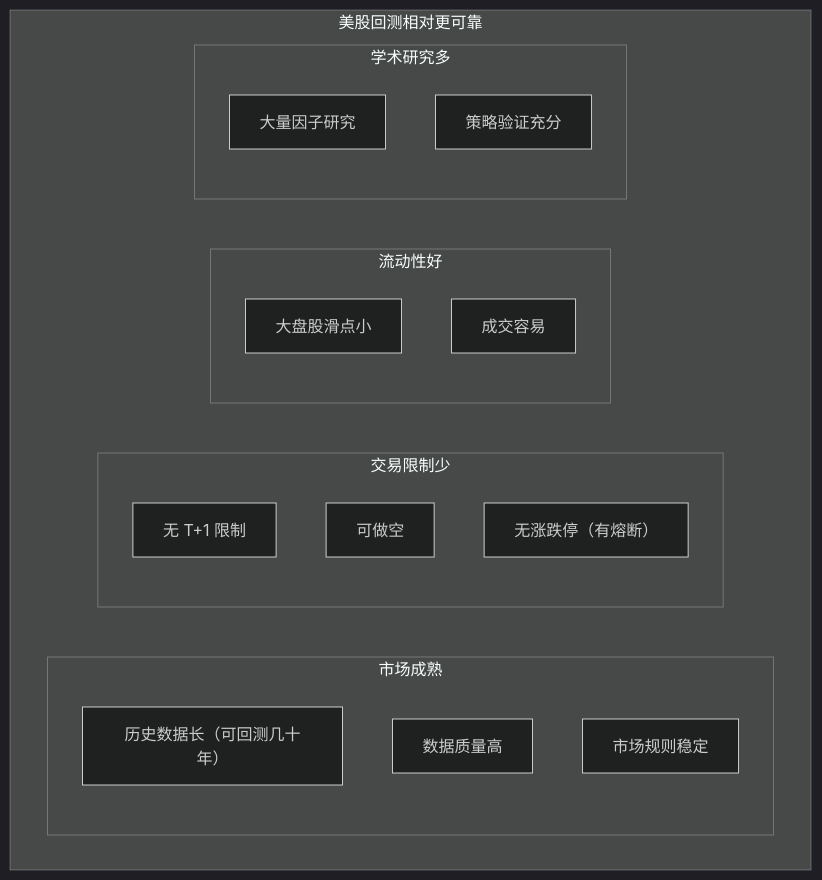
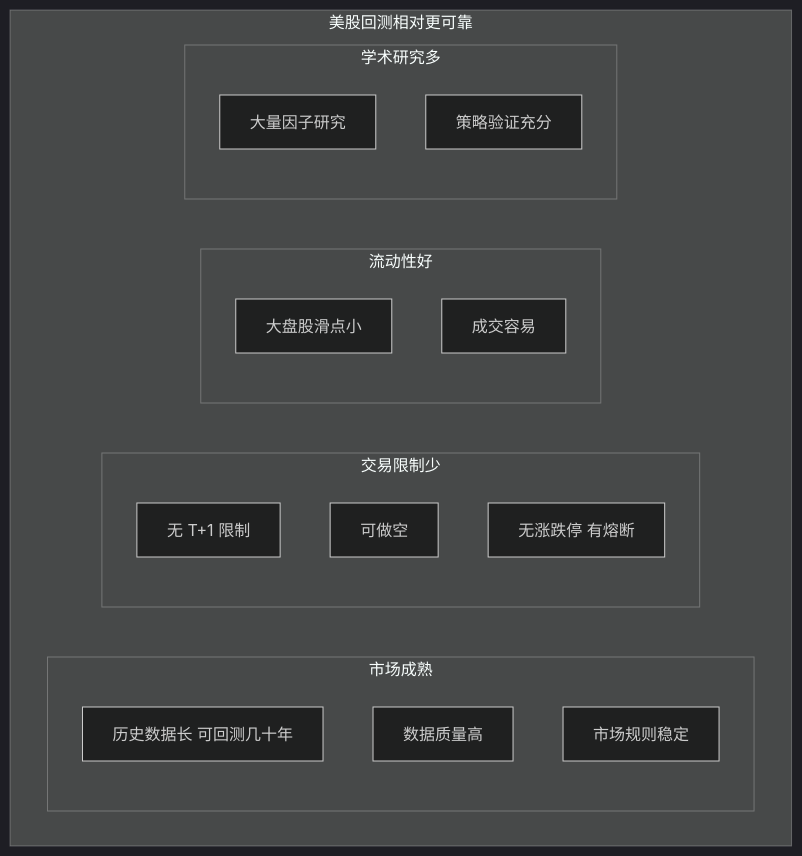
The ninth of 13 diagrams in content/articles/quant/quant-04-全球量化交易接口与数据.md (jpixy/jpixy.github.io), drawn with Mermaid (dark theme) before and after one commit. The commit also changed other lines of this file and 66 other files, not shown here.

Commit message:
fix: resolve Mermaid syntax errors by removing parentheses in node labels

````diff
--- a/content/articles/quant/quant-04-全球量化交易接口与数据.md
+++ b/content/articles/quant/quant-04-全球量化交易接口与数据.md
@@ -377,23 +377,23 @@
 ```mermaid
 graph TB
     subgraph 美股优势["美股回测相对更可靠"]
         subgraph 市场成熟
-            C1["历史数据长（可回测几十年）"]
+            C1["历史数据长 可回测几十年"]
             C2["数据质量高"]
             C3["市场规则稳定"]
         end
         subgraph 交易限制少
             X1["无 T+1 限制"]
             X2["可做空"]
-            X3["无涨跌停（有熔断）"]
+            X3["无涨跌停 有熔断"]
         end
         subgraph 流动性好
             L1["大盘股滑点小"]
             L2["成交容易"]
         end
         subgraph 学术研究多
             Y1["大量因子研究"]
             Y2["策略验证充分"]
         end
     end
 ```
````
